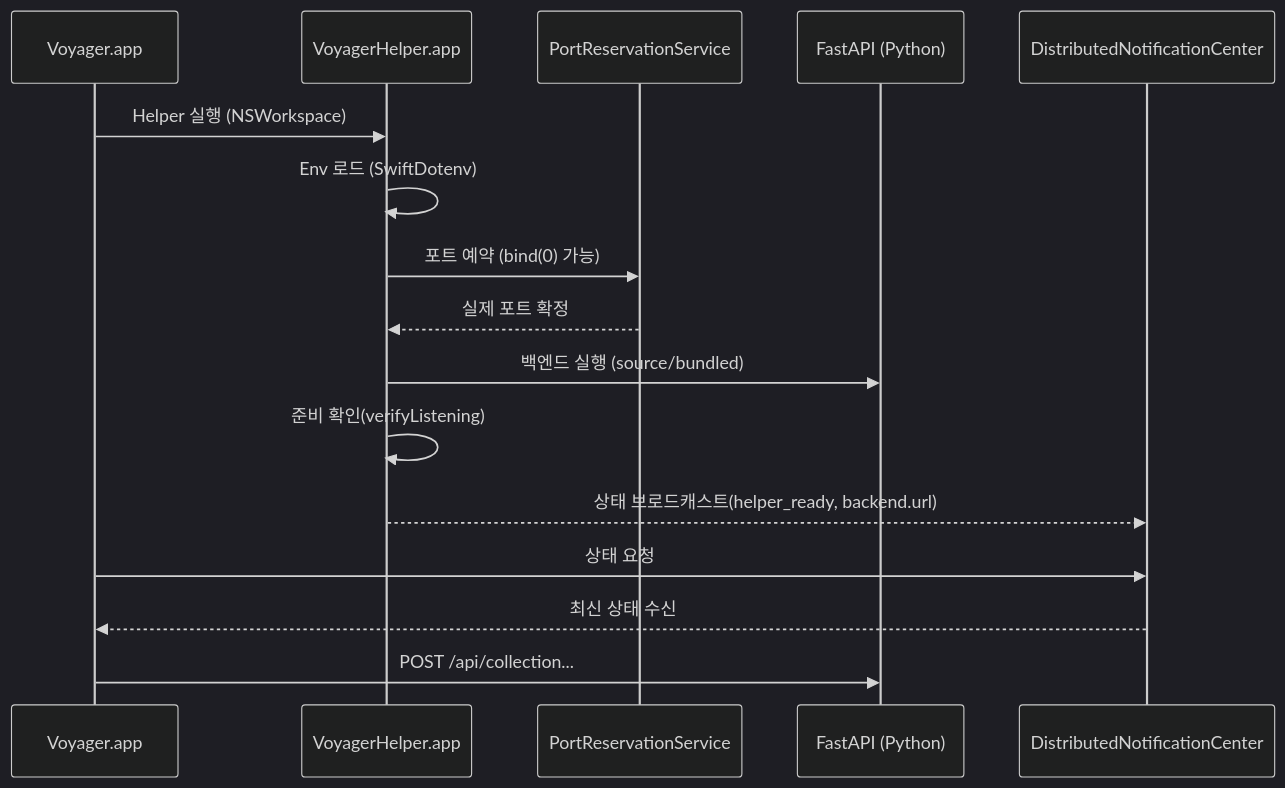
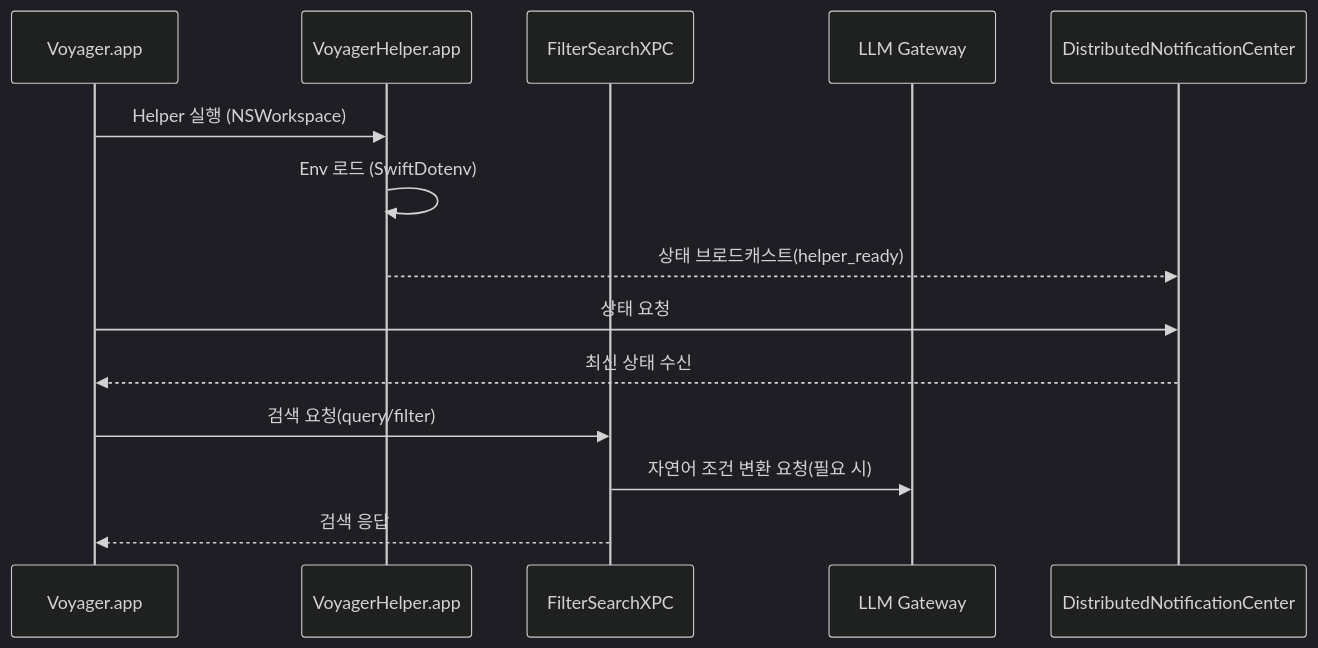
The diagram in docs/integration/backend-bootstrap.md (voyager-labs/VoyagerSwiftACP), drawn with Mermaid (dark theme) before and after one commit. The commit also changed other lines of this file and 13 other files, not shown here.

First line of the commit message:
docs: VOY-164 기준으로 Helper/XPC 런타임 문서를 재정렬

````diff
--- a/docs/integration/backend-bootstrap.md
+++ b/docs/integration/backend-bootstrap.md
@@ -34,19 +30,17 @@
 ```mermaid
 sequenceDiagram
     participant App as Voyager.app
     participant Helper as VoyagerHelper.app
-    participant Port as PortReservationService
-    participant Backend as FastAPI (Python)
+    participant XPC as FilterSearchXPC
+    participant Gateway as LLM Gateway
     participant AppNC as DistributedNotificationCenter
 
     App->>Helper: Helper 실행 (NSWorkspace)
     Helper->>Helper: Env 로드 (SwiftDotenv)
-    Helper->>Port: 포트 예약 (bind(0) 가능)
-    Port-->>Helper: 실제 포트 확정
-    Helper->>Backend: 백엔드 실행 (source/bundled)
-    Helper->>Helper: 준비 확인(verifyListening)
-    Helper-->>AppNC: 상태 브로드캐스트(helper_ready, backend.url)
+    Helper-->>AppNC: 상태 브로드캐스트(helper_ready)
     App->>AppNC: 상태 요청
     AppNC-->>App: 최신 상태 수신
-    App->>Backend: POST /api/collection...
+    App->>XPC: 검색 요청(query/filter)
+    XPC->>Gateway: 자연어 조건 변환 요청(필요 시)
+    XPC-->>App: 검색 응답
 ```
````
